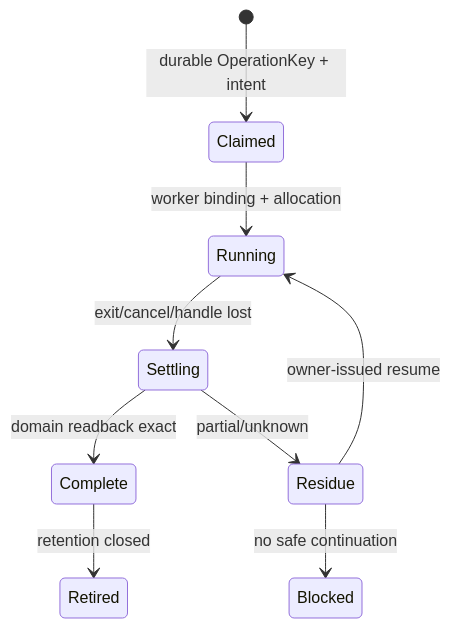
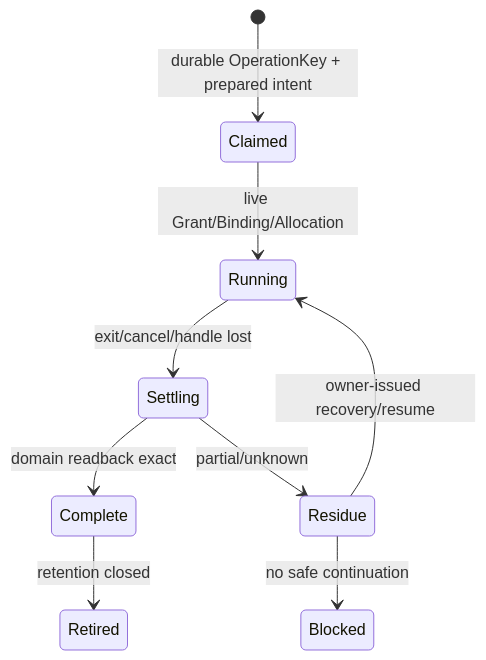
One commit to sec-platform/sec changed the second of 3 diagrams in docs/engineering-constitution/operation-runtime.md. Above: the diagram before and after it, drawn with Mermaid. The commit also changed other lines of this file, not shown here.

````diff
--- a/docs/engineering-constitution/operation-runtime.md
+++ b/docs/engineering-constitution/operation-runtime.md
@@ -102,11 +98,11 @@
 ```mermaid
 stateDiagram-v2
-  [*] --> Claimed: durable OperationKey + intent
-  Claimed --> Running: worker binding + allocation
+  [*] --> Claimed: durable OperationKey + prepared intent
+  Claimed --> Running: live Grant/Binding/Allocation
   Running --> Settling: exit/cancel/handle lost
   Settling --> Complete: domain readback exact
   Settling --> Residue: partial/unknown
-  Residue --> Running: owner-issued resume
+  Residue --> Running: owner-issued recovery/resume
   Residue --> Blocked: no safe continuation
   Complete --> Retired: retention closed
 ```
````
